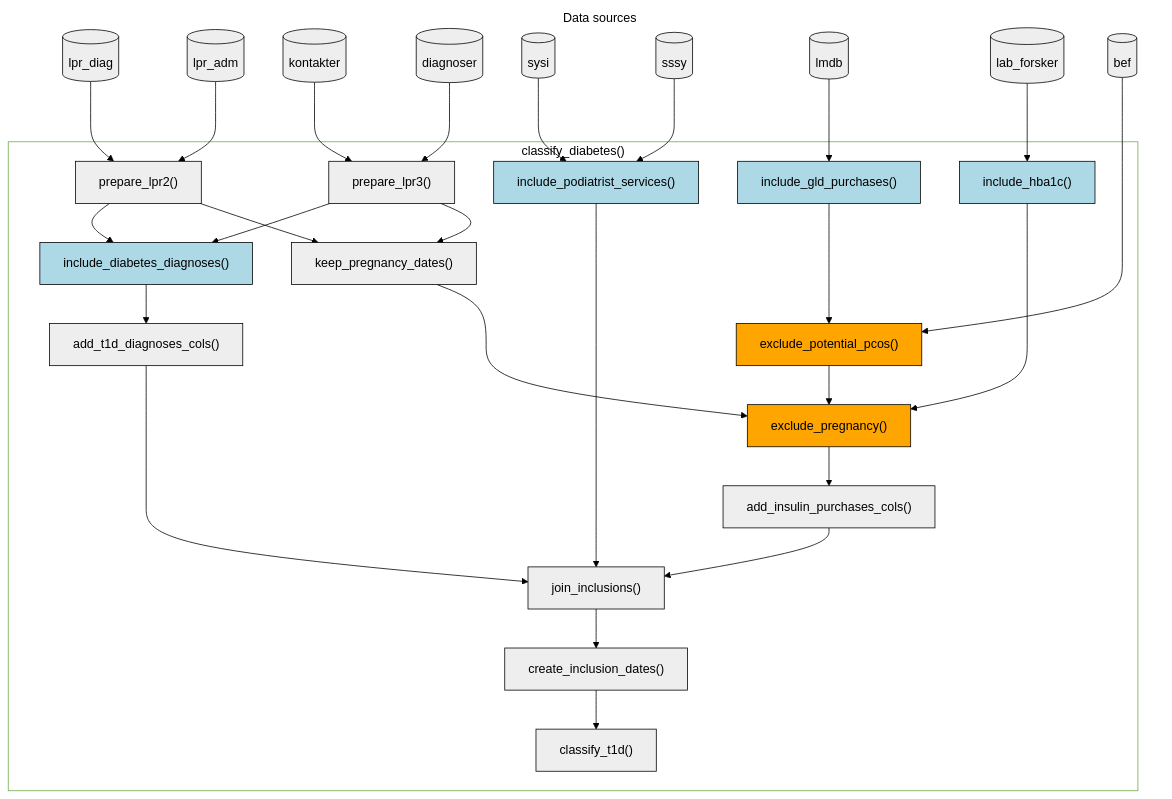
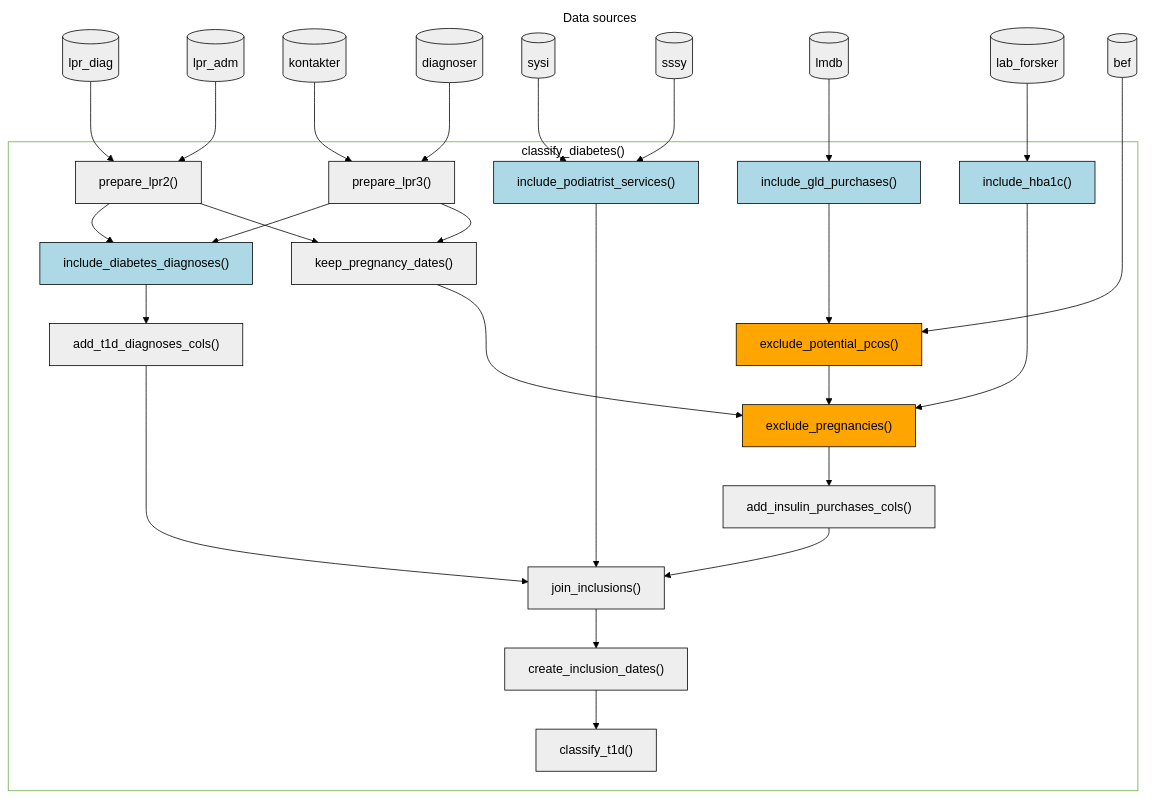
Before and after one commit to steno-aarhus/osdc: the diagram in vignettes/function-flow.qmd, drawn with Mermaid (forest theme). The commit also changed other lines of this file and 10 other files, not shown here.

First line of the commit message:
refactor: 🚚 rename to `exclude_pregnancies()` (#351)

````diff
--- a/vignettes/function-flow.qmd
+++ b/vignettes/function-flow.qmd
@@ -23,68 +23,68 @@
 ```{mermaid}
 %%| eval: true
 %%| fig-cap: "Flow of functions in, as well as their required input registers, in the `classify_diabetes()` function used for classifying diabetes status using the osdc package. Light blue and orange boxes represent filtering functions (inclusion and exclusion events, respectively)."
 
 flowchart TD
   subgraph data_sources["Data sources"]
     lpr_diag[("lpr_diag")]
     lpr_adm[("lpr_adm")]
     kontakter[("kontakter")]
     diagnoser[("diagnoser")]
     sysi[("sysi")]
     sssy[("sssy")]
     lmdb[("lmdb")]
     lab_forsker[("lab_forsker")]
     bef[("bef")]
   end
 
   subgraph classify_diabetes["classify_diabetes()"]
 
     lpr_diag --> prepare_lpr2["prepare_lpr2()"]
     lpr_adm --> prepare_lpr2
 
     kontakter --> prepare_lpr3["prepare_lpr3()"]
     diagnoser --> prepare_lpr3
 
     prepare_lpr2 --> keep_pregnancy_dates["keep_pregnancy_dates()"]
     prepare_lpr3 --> keep_pregnancy_dates
 
     %% Inclusion steps
     sysi --> include_podiatrist_services["include_podiatrist_services()"]:::include
     sssy --> include_podiatrist_services
 
     prepare_lpr2 --> include_diabetes_diagnoses["include_diabetes_diagnoses()"]:::include
     prepare_lpr3 --> include_diabetes_diagnoses
     include_diabetes_diagnoses --> add_t1d_diagnoses_cols["add_t1d_diagnoses_cols()"]
 
     lmdb --> include_gld_purchases["include_gld_purchases()"]:::include
 
     lab_forsker --> include_hba1c["include_hba1c()"]:::include
 
     %% Exclusion steps
     include_gld_purchases --> exclude_potential_pcos["exclude_potential_pcos()"]:::exclude
     bef --> exclude_potential_pcos
 
-    exclude_potential_pcos --> exclude_pregnancy["exclude_pregnancy()"]:::exclude
-    keep_pregnancy_dates --> exclude_pregnancy
-    include_hba1c --> exclude_pregnancy
-    exclude_pregnancy --> add_insulin_purchases_cols["add_insulin_purchases_cols()"]
+    exclude_potential_pcos --> exclude_pregnancies["exclude_pregnancies()"]:::exclude
+    keep_pregnancy_dates --> exclude_pregnancies
+    include_hba1c --> exclude_pregnancies
+    exclude_pregnancies --> add_insulin_purchases_cols["add_insulin_purchases_cols()"]
 
     %% Joining
     add_t1d_diagnoses_cols --> join_inclusions["join_inclusions()"]
     include_podiatrist_services --> join_inclusions
     add_insulin_purchases_cols --> join_inclusions
 
     join_inclusions --> create_inclusion_dates["create_inclusion_dates()"]
     create_inclusion_dates --> classify_t1d["classify_t1d()"]
 
     keep_pregnancy_dates ~~~ exclude_potential_pcos
 
   end
 
   %% Styling
   classDef default fill:#EEEEEE, color:#000000, stroke:#000000
   classDef include fill:lightblue
   classDef exclude fill:orange
   style classify_diabetes fill:#FFFFFF, color:#000000
   style data_sources fill:#FFFFFF, color:#000000, stroke-width:0px
 ```
````
